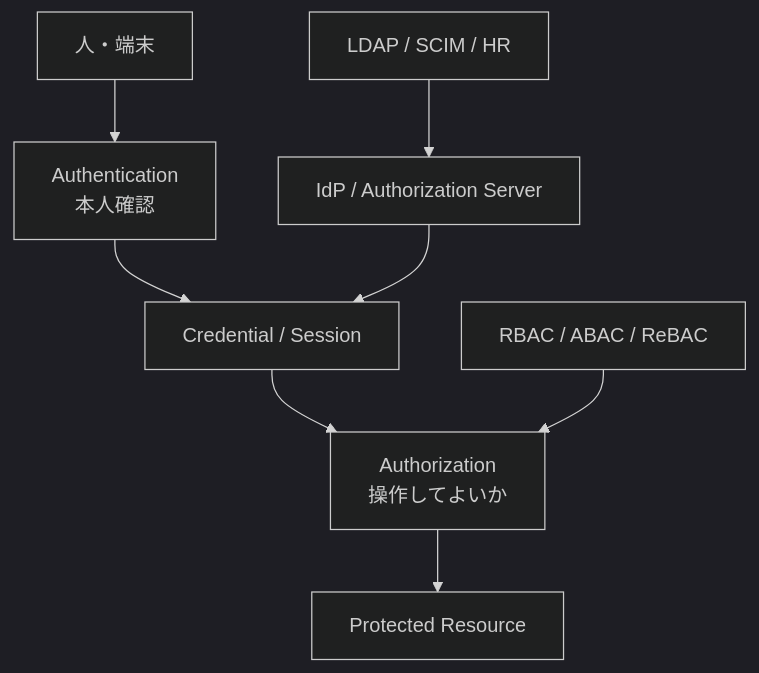
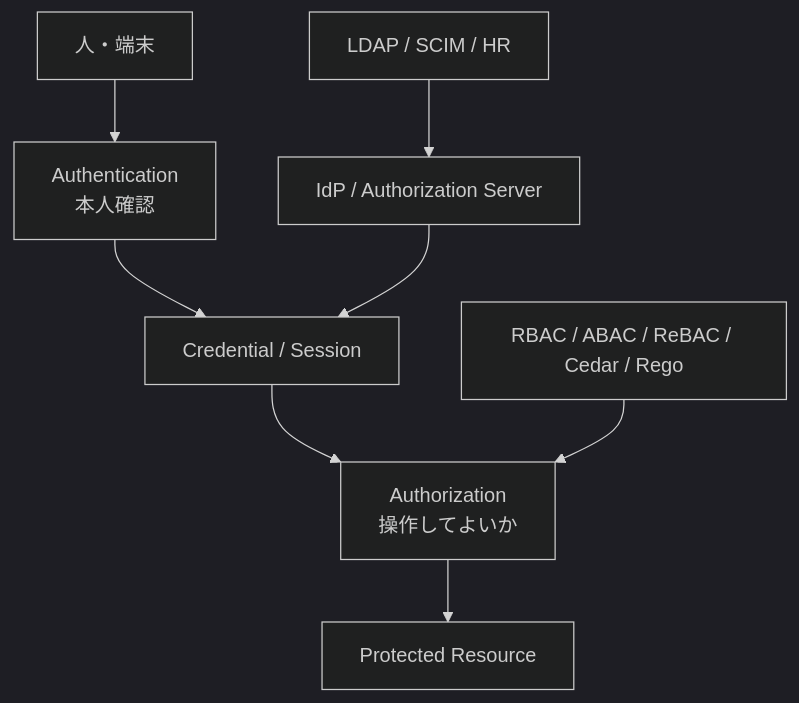
One commit to hjosugi/auth-lab changed the diagram in README.md. Above: the diagram before and after it, drawn with Mermaid (dark theme). The commit also changed other lines of this file and 14 other files, not shown here.

First line of the commit message:
authz: compare Cedar, Rego, RBAC, ABAC, and ReBAC decisions (#20)

````diff
--- a/README.md
+++ b/README.md
@@ -84,10 +84,10 @@
 ```mermaid
 flowchart TD
     U["人・端末"] --> A["Authentication<br/>本人確認"]
     A --> C["Credential / Session"]
     C --> Z["Authorization<br/>操作してよいか"]
     Z --> R["Protected Resource"]
     I["IdP / Authorization Server"] --> C
     D["LDAP / SCIM / HR"] --> I
-    P["RBAC / ABAC / ReBAC"] --> Z
+    P["RBAC / ABAC / ReBAC / Cedar / Rego"] --> Z
 ```
````
